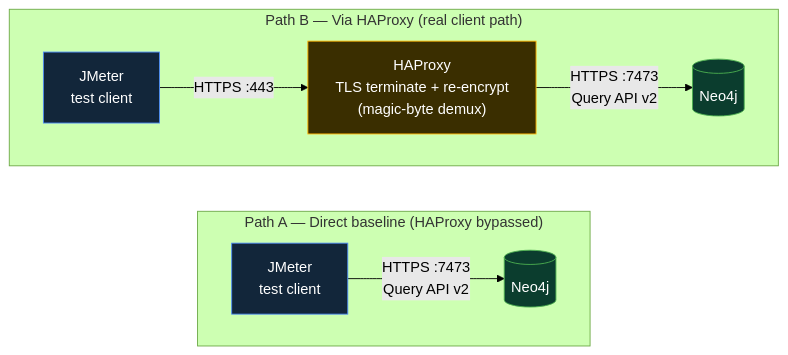
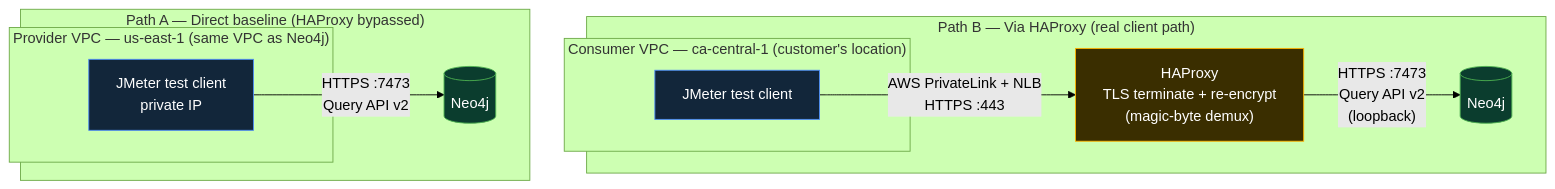
One commit to neo4j-field/neo4j-aws-privatelink-443 changed the diagram in performance-testing/README.md. Above: the diagram before and after it, drawn with Mermaid (forest theme). The commit also changed other lines of this file and 11 other files, not shown here.

````diff
--- a/performance-testing/README.md
+++ b/performance-testing/README.md
@@ -19,19 +19,27 @@
 ```mermaid
 flowchart LR
     subgraph PathA["Path A — Direct baseline (HAProxy bypassed)"]
         direction LR
-        C1["JMeter<br/>test client"] -->|"HTTPS :7473<br/>Query API v2"| N1[("Neo4j")]
+        subgraph PathA_Loc["Provider VPC — us-east-1 (same VPC as Neo4j)"]
+            C1["JMeter test client<br/>private IP"]
+        end
+        C1 -->|"HTTPS :7473<br/>Query API v2"| N1[("Neo4j")]
     end
 
     subgraph PathB["Path B — Via HAProxy (real client path)"]
         direction LR
-        C2["JMeter<br/>test client"] -->|"HTTPS :443"| H["HAProxy<br/>TLS terminate + re-encrypt<br/>(magic-byte demux)"]
-        H -->|"HTTPS :7473<br/>Query API v2"| N2[("Neo4j")]
+        subgraph PathB_Loc["Consumer VPC — ca-central-1 (customer's location)"]
+            C2["JMeter test client"]
+        end
+        C2 -->|"AWS PrivateLink + NLB<br/>HTTPS :443"| H["HAProxy<br/>TLS terminate + re-encrypt<br/>(magic-byte demux)"]
+        H -->|"HTTPS :7473<br/>Query API v2<br/>(loopback)"| N2[("Neo4j")]
     end
+
+    PathA ~~~ PathB
 
     style N1 fill:#0B3D2E,stroke:#4CAF50,color:#fff
     style N2 fill:#0B3D2E,stroke:#4CAF50,color:#fff
     style H fill:#3A2E00,stroke:#FFB300,color:#fff
     style C1 fill:#12263A,stroke:#4C8BF5,color:#fff
     style C2 fill:#12263A,stroke:#4C8BF5,color:#fff
 ```
````
